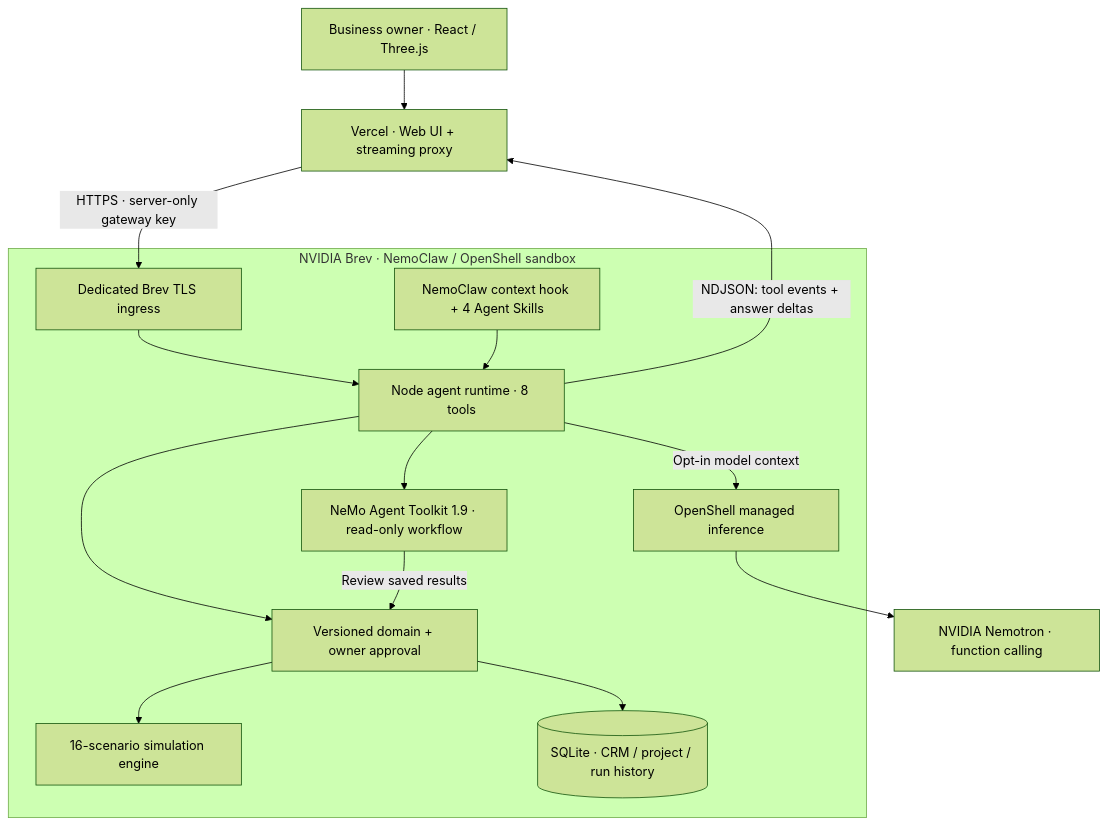
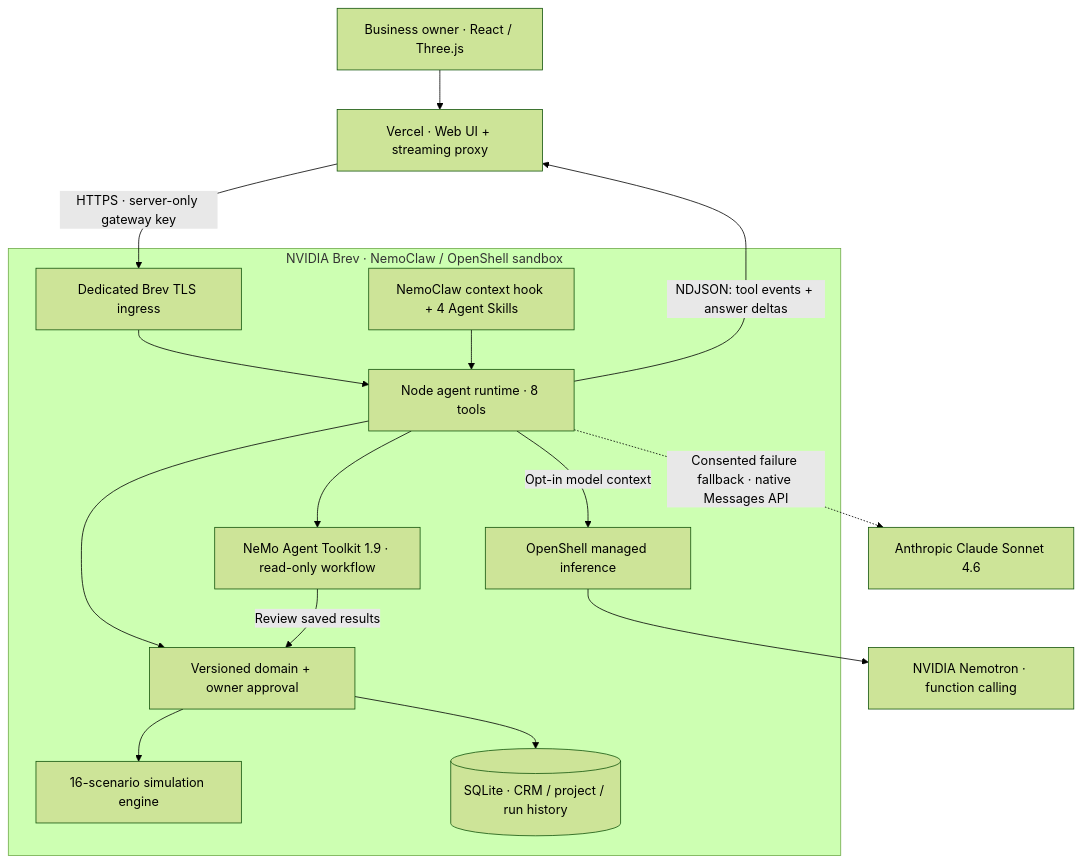
Before and after one commit to yc9954/event-twin: the diagram in README.md, drawn with Mermaid (forest theme). The commit also changed other lines of this file and 25 other files, not shown here.

Commit message:
Add consent-bound Claude fallback for NVIDIA model failures

````diff
--- a/README.md
+++ b/README.md
@@ -106,17 +106,18 @@
 ```mermaid
 flowchart TB
   Browser["Business owner · React / Three.js"] --> Vercel["Vercel · Web UI + streaming proxy"]
   Vercel -->|"HTTPS · server-only gateway key"| Ingress["Dedicated Brev TLS ingress"]
   subgraph NVIDIA["NVIDIA Brev · NemoClaw / OpenShell sandbox"]
     Ingress --> Agent["Node agent runtime · 8 tools"]
     Context["NemoClaw context hook + 4 Agent Skills"] --> Agent
     Agent -->|"Opt-in model context"| Inference["OpenShell managed inference"]
     Agent --> Domain["Versioned domain + owner approval"]
     Domain --> Sim["16-scenario simulation engine"]
     Domain --> DB[("SQLite · CRM / project / run history")]
     NAT["NeMo Agent Toolkit 1.9 · read-only workflow"] -->|"Review saved results"| Domain
     Agent --> NAT
   end
   Inference --> Nemotron["NVIDIA Nemotron · function calling"]
+  Agent -.->|"Consented failure fallback · native Messages API"| Claude["Anthropic Claude Sonnet 4.6"]
   Agent -->|"NDJSON: tool events + answer deltas"| Vercel
 ```
````
